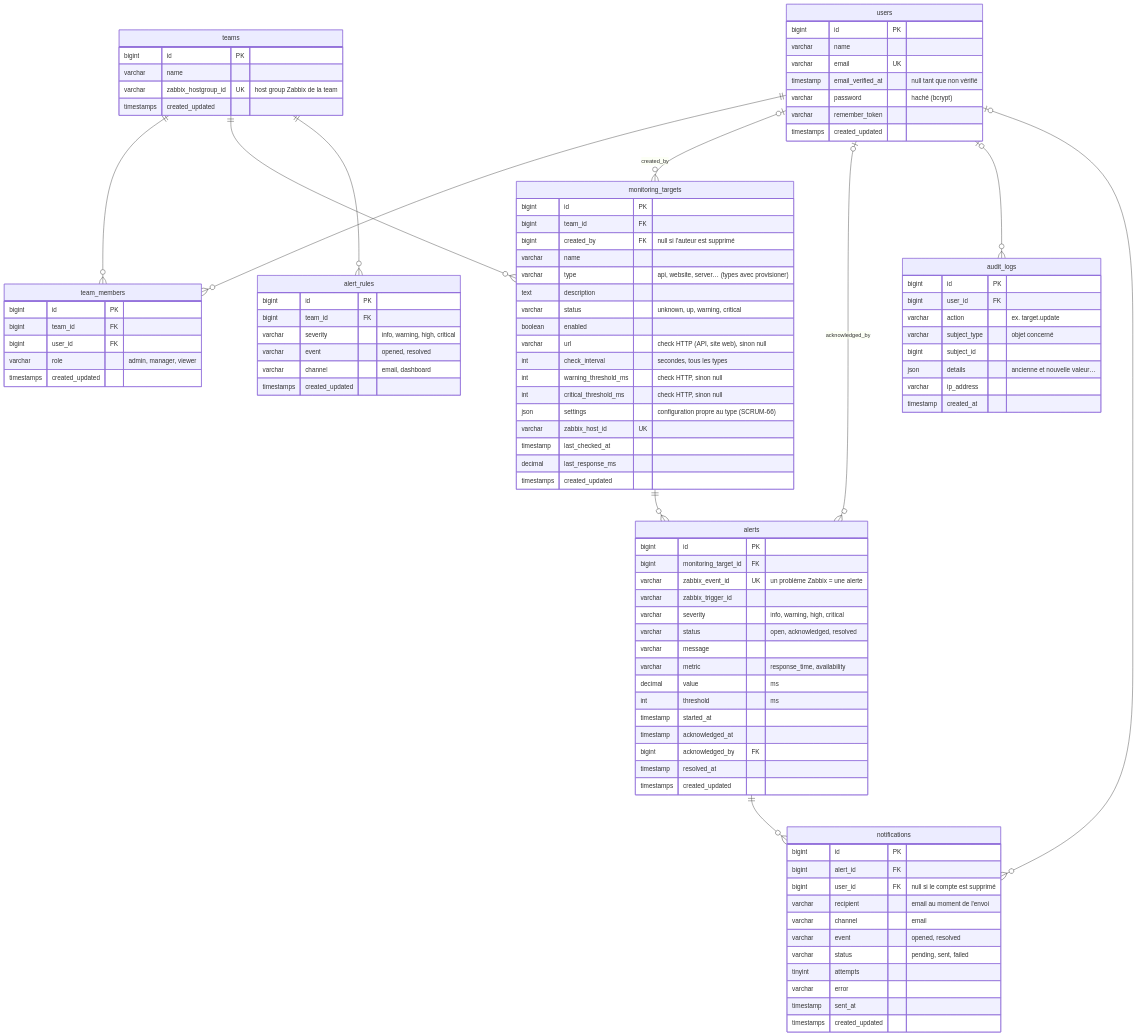
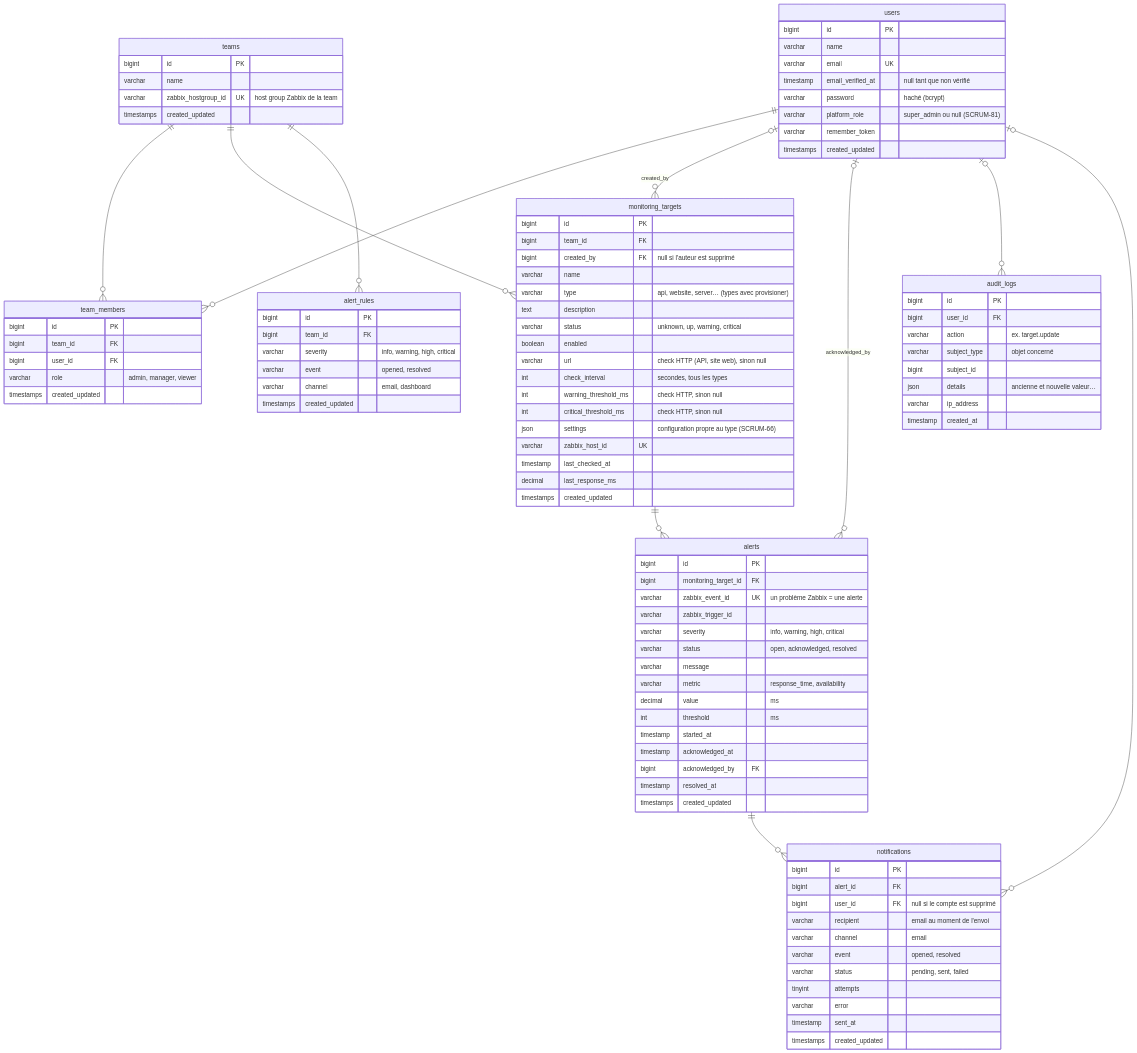
Before and after one commit to wissalsaidi/Monitoring-Platform: the second of 2 diagrams in docs/conception/04-modele-de-donnees.md, drawn with Mermaid. The commit also changed 20 other files, not shown here.

First line of the commit message:
SCRUM-81 rôle Super Admin de la plateforme et commandes platform:*

```diff
--- a/docs/conception/04-modele-de-donnees.md
+++ b/docs/conception/04-modele-de-donnees.md
@@ -36,6 +36,7 @@
         varchar email UK
         timestamp email_verified_at "null tant que non vérifié"
         varchar password "haché (bcrypt)"
+        varchar platform_role "super_admin ou null (SCRUM-81)"
         varchar remember_token
         timestamps created_updated
     }
```
